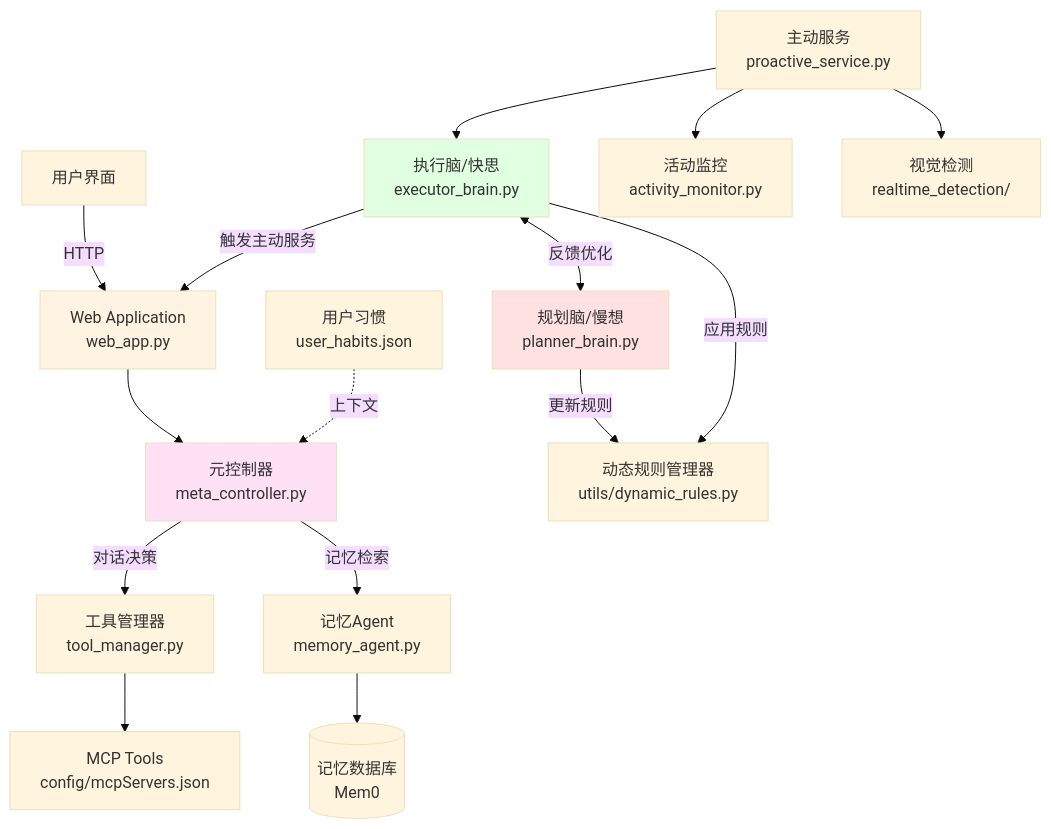
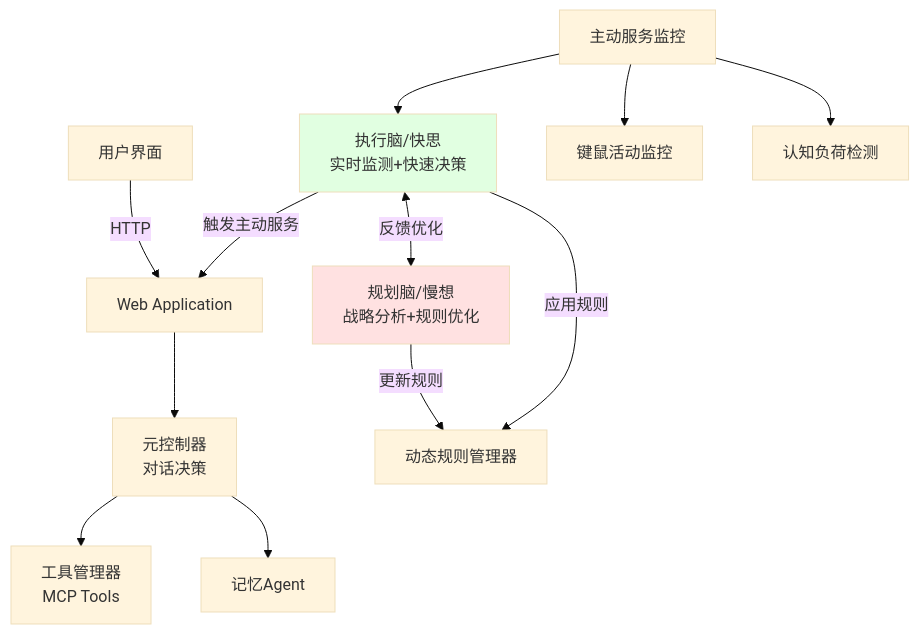
Before and after one commit to wangsc18/CogAgent: the diagram in README.md, drawn with Mermaid (base theme). The commit also changed other lines of this file and 4 other files, not shown here.

````diff
--- a/README.md
+++ b/README.md
@@ -52,28 +40,19 @@
 ```mermaid
 graph TB
-    User[用户界面] -->|HTTP| WebApp[Web Application<br/>web_app.py]
-    WebApp --> MetaController[元控制器<br/>meta_controller.py]
+    User[用户界面] -->|HTTP| WebApp[Web Application]
+    WebApp --> MetaController[元控制器<br/>对话决策]
+    MetaController --> ToolManager[工具管理器<br/>MCP Tools]
+    MetaController --> Memory[记忆Agent]
 
-    MetaController --> |对话决策| ToolManager[工具管理器<br/>tool_manager.py]
-    ToolManager --> MCP[MCP Tools<br/>config/mcpServers.json]
-
-    MetaController --> |记忆检索| Memory[记忆Agent<br/>memory_agent.py]
-    Memory --> MemDB[(记忆数据库<br/>Mem0)]
-
-    ProactiveService[主动服务<br/>proactive_service.py] --> ExecutorBrain[执行脑/快思<br/>executor_brain.py]
+    ProactiveService[主动服务监控] --> ExecutorBrain[执行脑/快思<br/>实时监测+快速决策]
     ExecutorBrain --> |触发主动服务| WebApp
-
-    ExecutorBrain <--> |反馈优化| PlannerBrain[规划脑/慢想<br/>planner_brain.py]
-    PlannerBrain --> |更新规则| DynamicRules[动态规则管理器<br/>utils/dynamic_rules.py]
+    ExecutorBrain <--> |反馈优化| PlannerBrain[规划脑/慢想<br/>战略分析+规则优化]
+    PlannerBrain --> |更新规则| DynamicRules[动态规则管理器]
     ExecutorBrain --> |应用规则| DynamicRules
 
-    ProactiveService --> ActivityMonitor[活动监控<br/>activity_monitor.py]
-    ProactiveService --> FaceDetection[视觉检测<br/>realtime_detection/]
-
-    UserHabits[用户习惯<br/>user_habits.json] -.->|上下文| MetaController
+    ProactiveService --> ActivityMonitor[键鼠活动监控]
+    ProactiveService --> FaceDetection[认知负荷检测]
 
     style ExecutorBrain fill:#e1ffe1
     style PlannerBrain fill:#ffe1e1
-    style MetaController fill:#ffe1f5
-    style WebApp fill:#fff4e1
 ```
````
